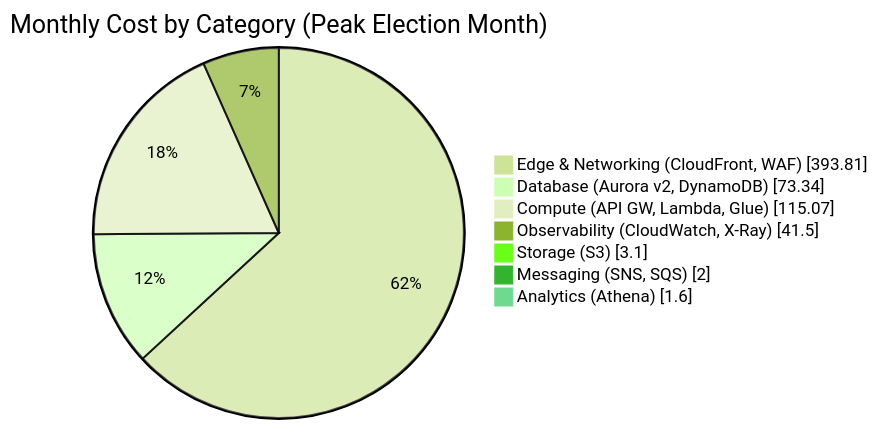
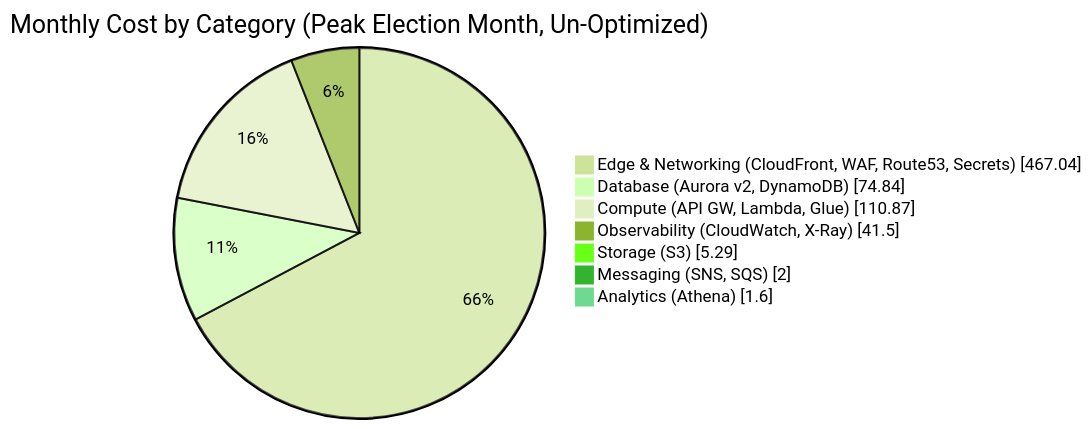
The second of 5 diagrams in COSTS.md (daryllmagsombol/ppcrv-poc), drawn with Mermaid (forest theme) before and after one commit. The commit also changed other lines of this file and 1 other file, not shown here.

````diff
--- a/COSTS.md
+++ b/COSTS.md
@@ -415,11 +472,11 @@
 ```mermaid
 pie showData
-    title Monthly Cost by Category (Peak Election Month)
-    "Edge & Networking (CloudFront, WAF)" : 393.81
-    "Database (Aurora v2, DynamoDB)" : 73.34
-    "Compute (API GW, Lambda, Glue)" : 115.07
+    title Monthly Cost by Category (Peak Election Month, Un-Optimized)
+    "Edge & Networking (CloudFront, WAF, Route53, Secrets)" : 467.04
+    "Database (Aurora v2, DynamoDB)" : 74.84
+    "Compute (API GW, Lambda, Glue)" : 110.87
     "Observability (CloudWatch, X-Ray)" : 41.50
-    "Storage (S3)" : 3.10
+    "Storage (S3)" : 5.29
     "Messaging (SNS, SQS)" : 2.00
     "Analytics (Athena)" : 1.60
 ```
````
